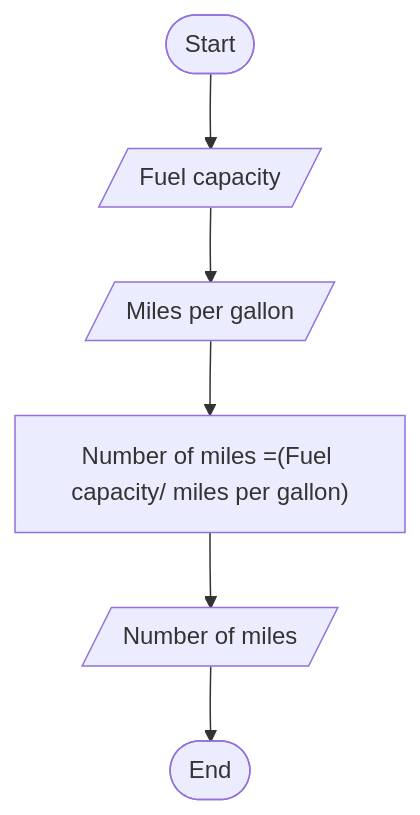
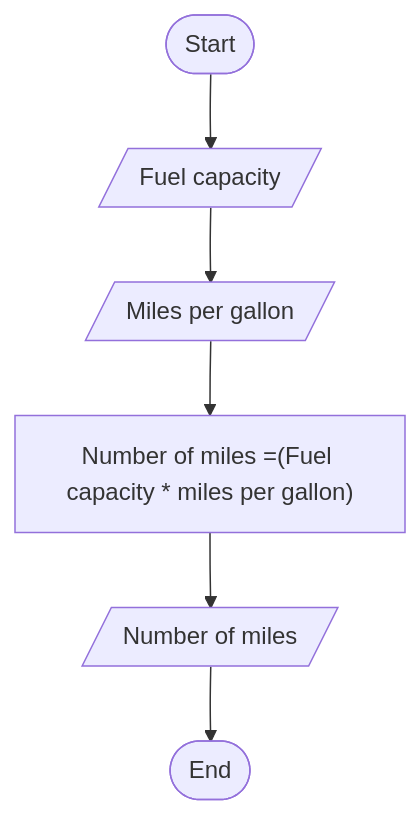
Before and after one commit to SWEG-2016EC-Batch/System32: the diagram in ETS1210_Sahleselase_Asmamaw/number_of_miles.md, drawn with Mermaid.

````diff
--- a/ETS1210_Sahleselase_Asmamaw/number_of_miles.md
+++ b/ETS1210_Sahleselase_Asmamaw/number_of_miles.md
@@ -28,8 +28,8 @@
 ``` mermaid
 flowchart 
 id1([Start])-->id2[/Fuel capacity/]
 id2-->id3[/Miles per gallon/]
-id3-->id4["Number of miles =(Fuel capacity/ miles per gallon)"]
+id3-->id4["Number of miles =(Fuel capacity * miles per gallon)"]
 id4-->id5[/Number of miles/]
 id5-->id6([End])
 ```
````
